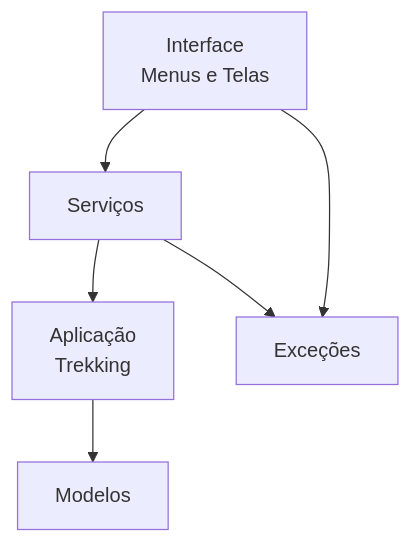
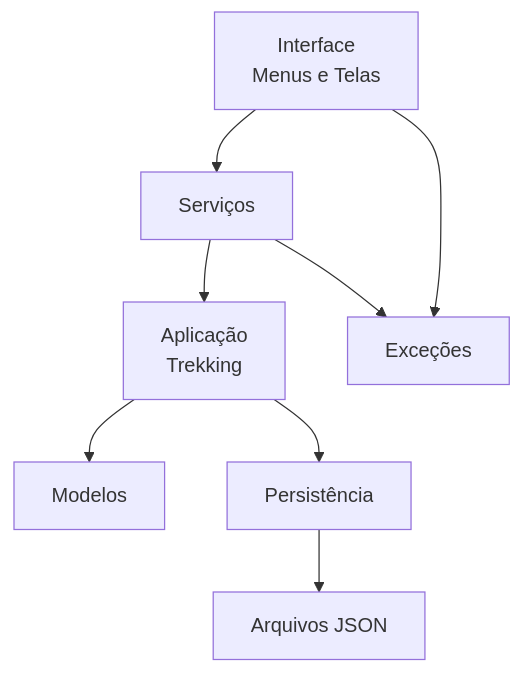
Before and after one commit to pdrjul1o/CheckpointsTrekking: the diagram in ARQUITETURA.md, drawn with Mermaid. The commit also changed other lines of this file and 26 other files, not shown here.

Commit message:
Implementa terceira versão com persistência JSON

````diff
--- a/ARQUITETURA.md
+++ b/ARQUITETURA.md
@@ -6,8 +6,10 @@
 ```mermaid
 flowchart TD
     I[Interface<br/>Menus e Telas] --> S[Serviços]
     S --> A[Aplicação<br/>Trekking]
     A --> M[Modelos]
+    A --> P[Persistência]
+    P --> J[Arquivos JSON]
     S --> E[Exceções]
     I --> E
 ```
````
